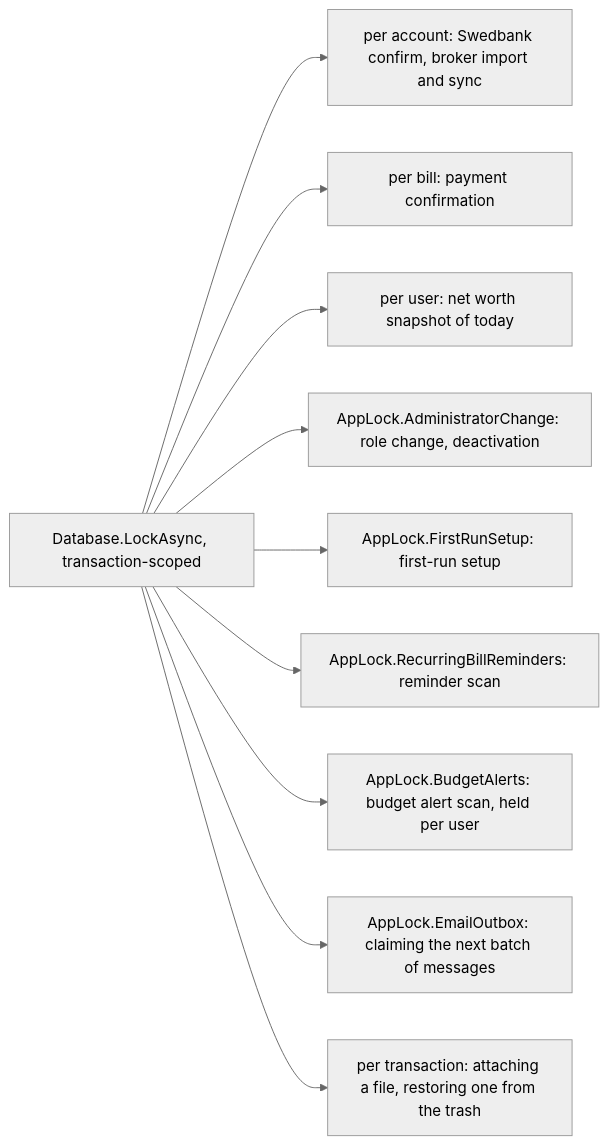
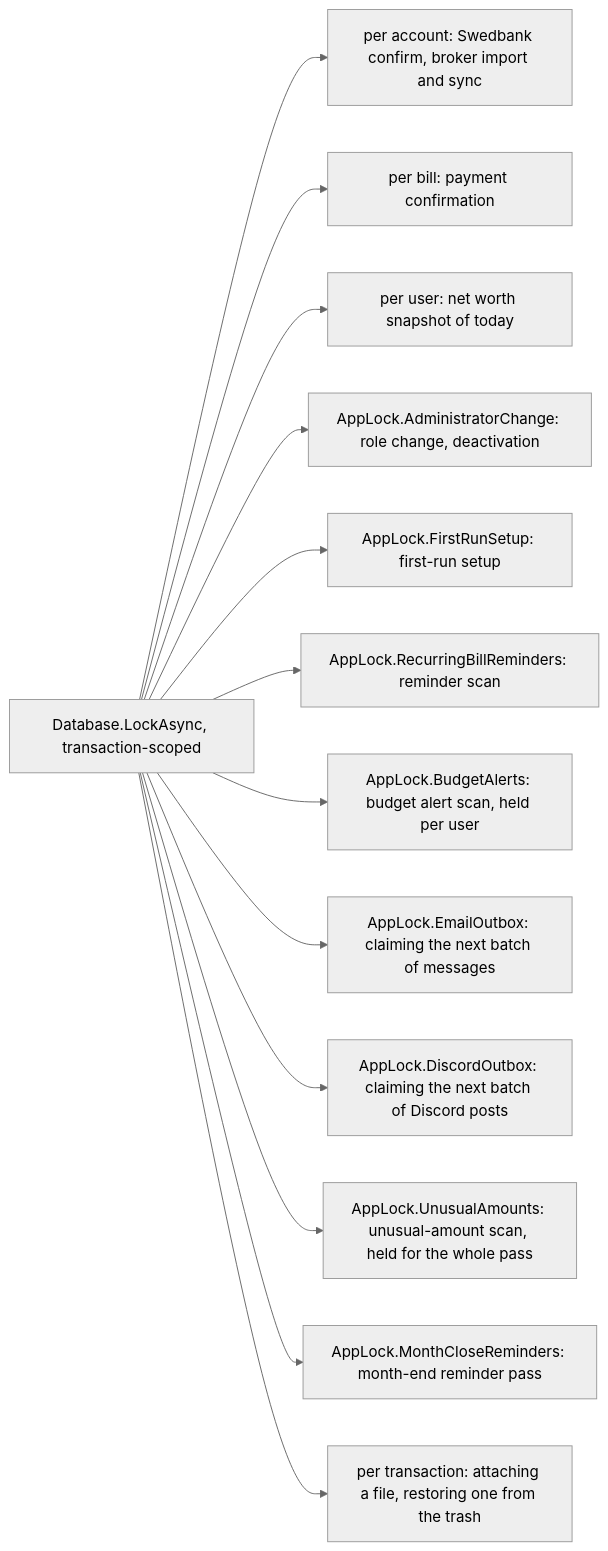
The second of 2 diagrams in docs/features/background-jobs.md (Justxs/Jx-Finance), drawn with Mermaid (neutral theme) before and after one commit. The commit also changed other lines of this file and 111 other files, not shown here.

First line of the commit message:
feat(month-close): review and close a month

````diff
--- a/docs/features/background-jobs.md
+++ b/docs/features/background-jobs.md
@@ -80,12 +84,15 @@
 ```mermaid
 flowchart LR
     Lock["Database.LockAsync, transaction-scoped"] --> A["per account: Swedbank confirm, broker import and sync"]
     Lock --> Bi["per bill: payment confirmation"]
     Lock --> U["per user: net worth snapshot of today"]
     Lock --> Adm["AppLock.AdministratorChange: role change, deactivation"]
     Lock --> Setup["AppLock.FirstRunSetup: first-run setup"]
     Lock --> Rem["AppLock.RecurringBillReminders: reminder scan"]
     Lock --> Bud["AppLock.BudgetAlerts: budget alert scan, held per user"]
     Lock --> Mail["AppLock.EmailOutbox: claiming the next batch of messages"]
+    Lock --> Disc["AppLock.DiscordOutbox: claiming the next batch of Discord posts"]
+    Lock --> Unu["AppLock.UnusualAmounts: unusual-amount scan, held for the whole pass"]
+    Lock --> Close["AppLock.MonthCloseReminders: month-end reminder pass"]
     Lock --> Att["per transaction: attaching a file, restoring one from the trash"]
 ```
````
